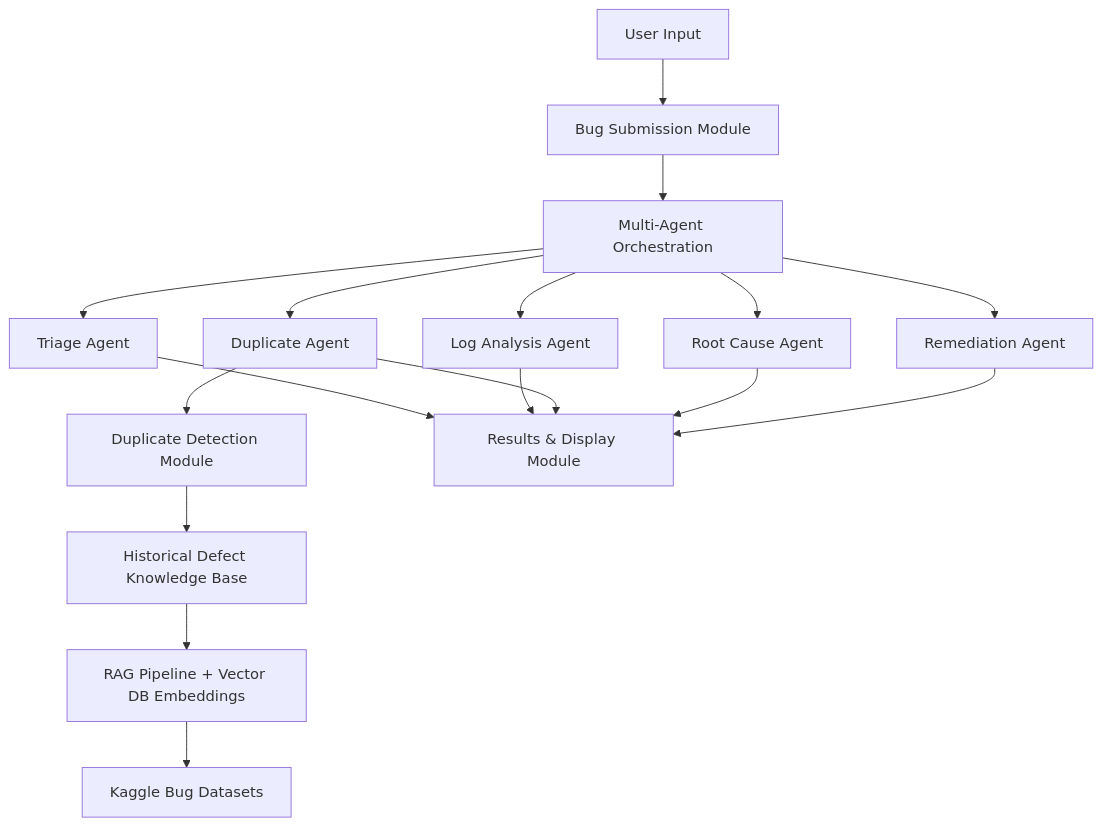
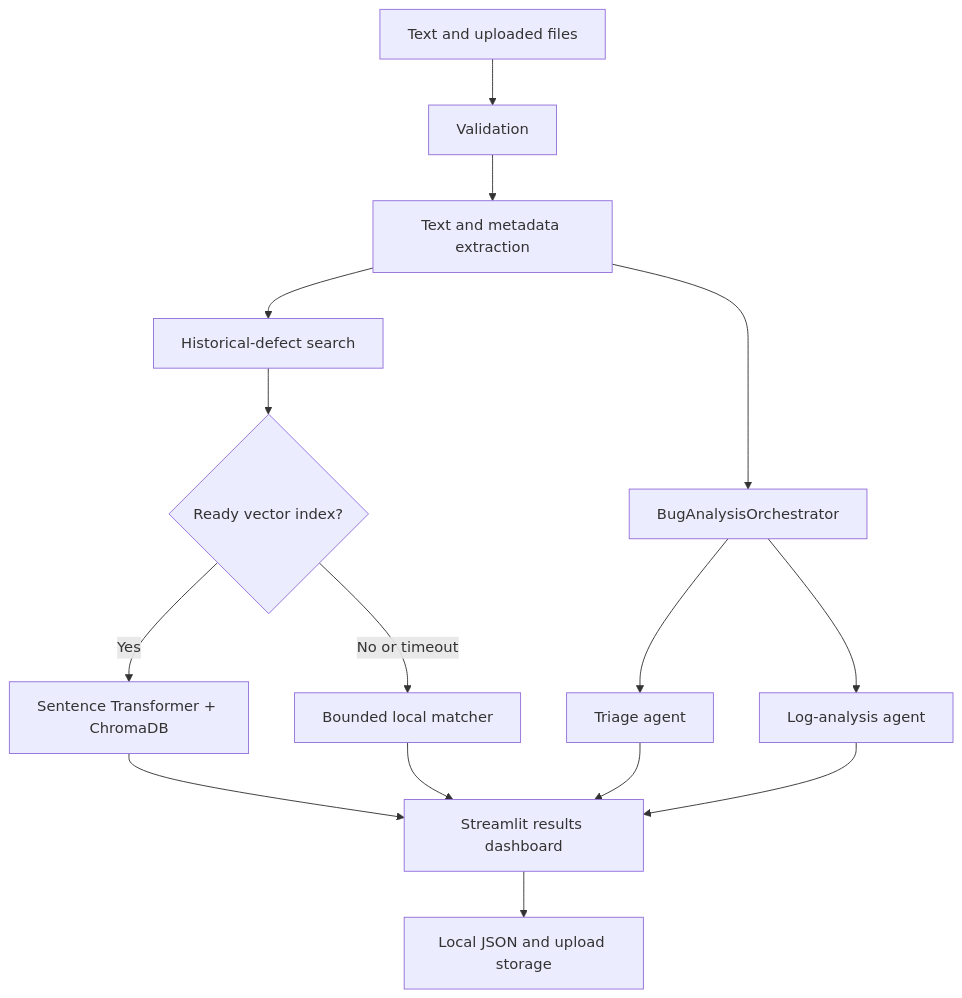
Before and after one commit to Ragav-K/AI-Smart-Bug-Analyzer-Fix-Advisor: the diagram in system-architecture.md, drawn with Mermaid. The commit also changed other lines of this file and 15 other files, not shown here.

````diff
--- a/system-architecture.md
+++ b/system-architecture.md
@@ -7,19 +6,17 @@
 ```mermaid
 flowchart TD
-    A[User Input] --> B[Bug Submission Module]
-    B --> C[Multi-Agent Orchestration]
-    C --> D[Triage Agent]
-    C --> E[Log Analysis Agent]
-    C --> F[Duplicate Agent]
-    C --> G[Root Cause Agent]
-    C --> H[Remediation Agent]
-    F --> I[Duplicate Detection Module]
-    I --> J[Historical Defect Knowledge Base]
-    J --> K[RAG Pipeline + Vector DB Embeddings]
-    K --> L[Kaggle Bug Datasets]
-    D --> M[Results & Display Module]
-    E --> M
-    F --> M
-    G --> M
-    H --> M
+    A["Text and uploaded files"] --> B["Validation"]
+    B --> C["Text and metadata extraction"]
+    C --> D["Historical-defect search"]
+    C --> E["BugAnalysisOrchestrator"]
+    D --> F{"Ready vector index?"}
+    F -->|Yes| G["Sentence Transformer + ChromaDB"]
+    F -->|No or timeout| H["Bounded local matcher"]
+    E --> I["Triage agent"]
+    E --> J["Log-analysis agent"]
+    G --> K["Streamlit results dashboard"]
+    H --> K
+    I --> K
+    J --> K
+    K --> L["Local JSON and upload storage"]
 ```
````
